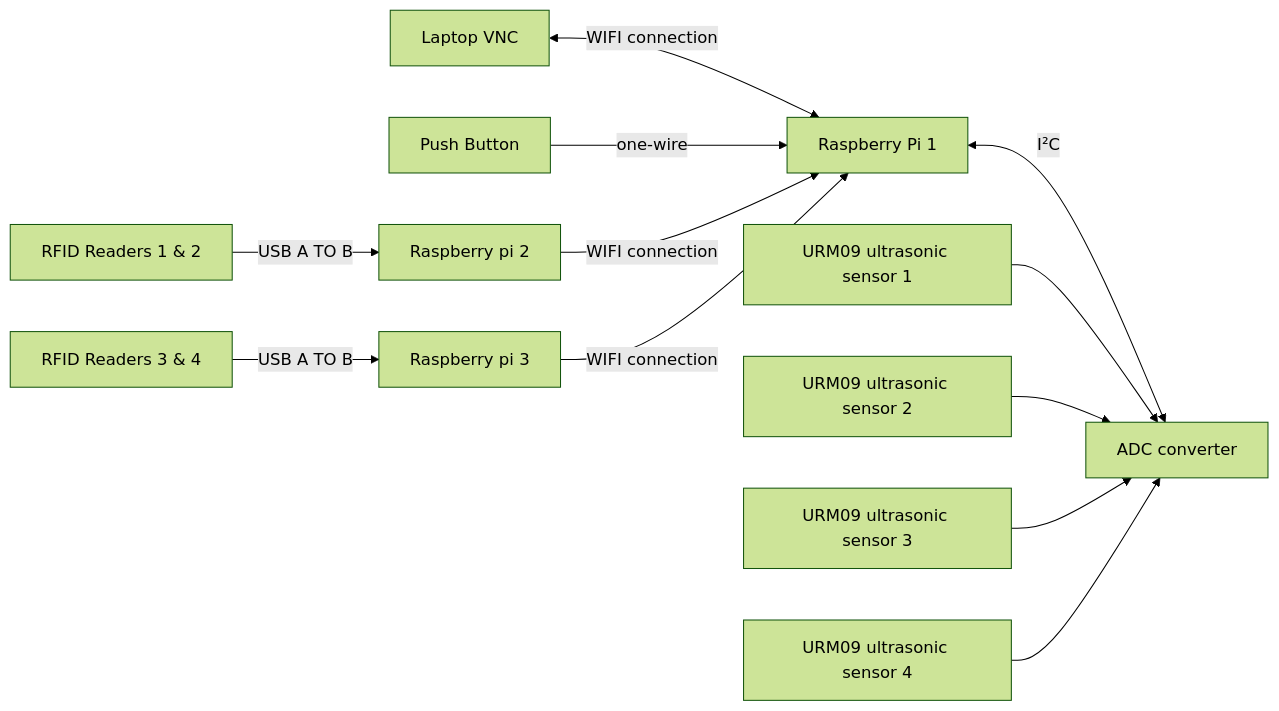
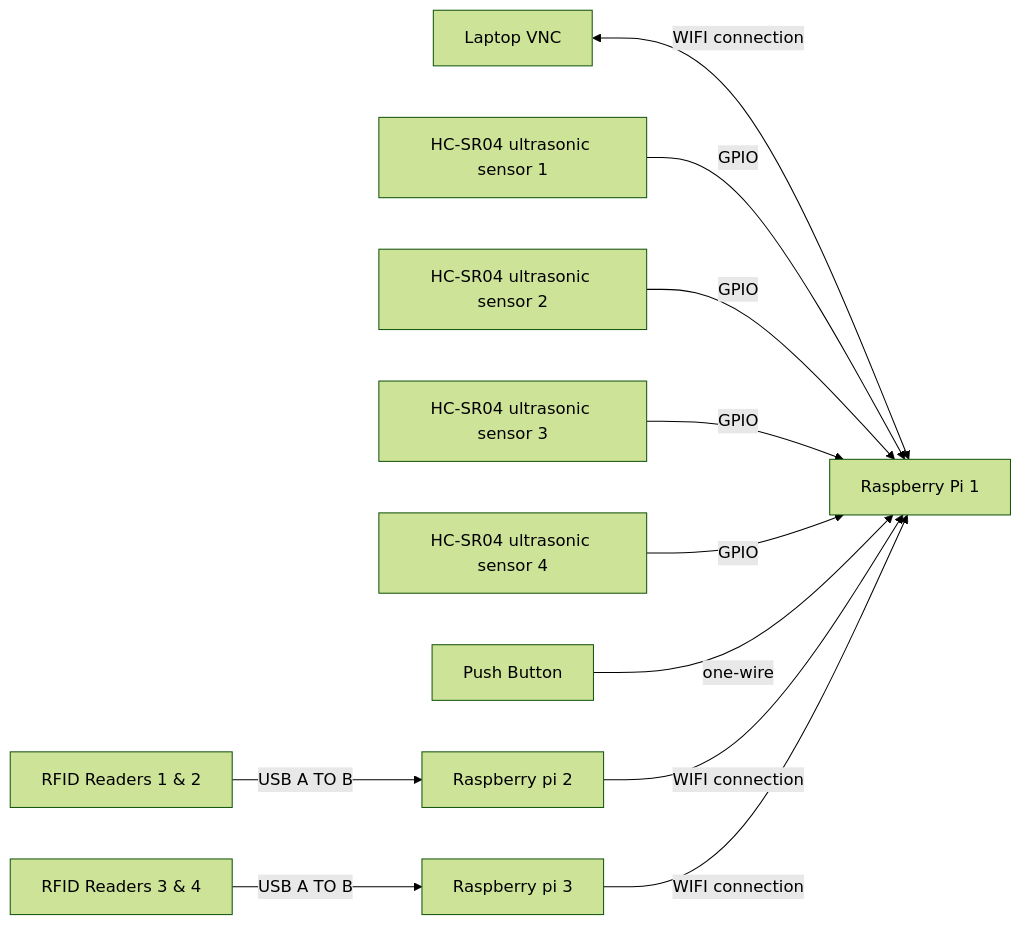
One commit to timsjt/EGL314_TEAMB changed the first of 2 diagrams in README.md. Above: the diagram before and after it, drawn with Mermaid (forest theme). The commit also changed other lines of this file and 6 other files, not shown here.

````diff
--- a/README.md
+++ b/README.md
@@ -38,16 +41,16 @@
 ```mermaid
 graph LR
 
-A[Laptop VNC] <--WIFI connection-->B[Raspberry Pi 1]<--I²C-->C[ADC converter]
-D[URM09 ultrasonic sensor 1]-->C
-E[URM09 ultrasonic sensor 2]-->C
-F[URM09 ultrasonic sensor 3]-->C
-G[URM09 ultrasonic sensor 4]-->C
+A[Laptop VNC] <--WIFI connection-->B[Raspberry Pi 1]
+D[HC-SR04 ultrasonic sensor 1]--GPIO-->B
+E[HC-SR04 ultrasonic sensor 2]--GPIO-->B
+F[HC-SR04 ultrasonic sensor 3]--GPIO-->B
+G[HC-SR04 ultrasonic sensor 4]--GPIO-->B
 H[Push Button]-- one-wire -->B
 K[RFID Readers 1 & 2]--USB A TO B -->J[Raspberry pi 2]
 M[RFID Readers 3 & 4]--USB A TO B-->L[Raspberry pi 3]
 J[Raspberry pi 2]--WIFI connection-->B[Raspberry Pi 1]
 L[Raspberry pi 3]--WIFI connection-->B[Raspberry Pi 1]
 
 
 ```
````
